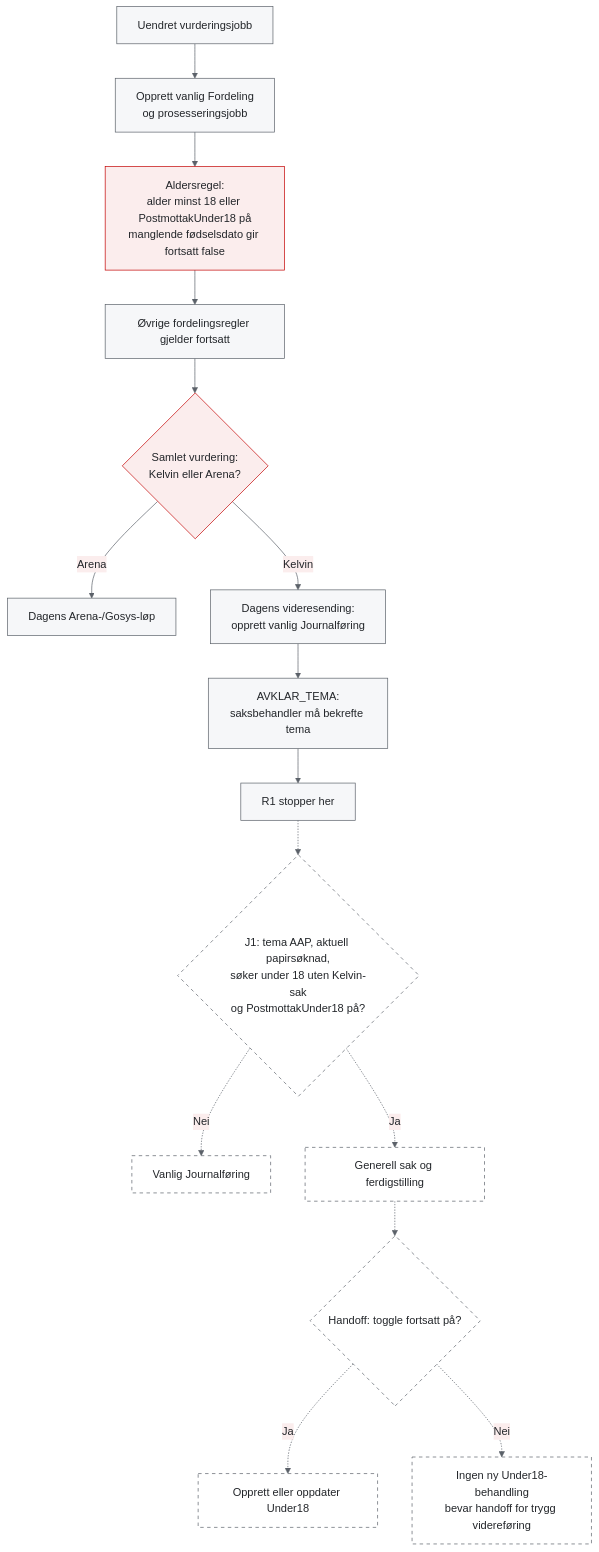
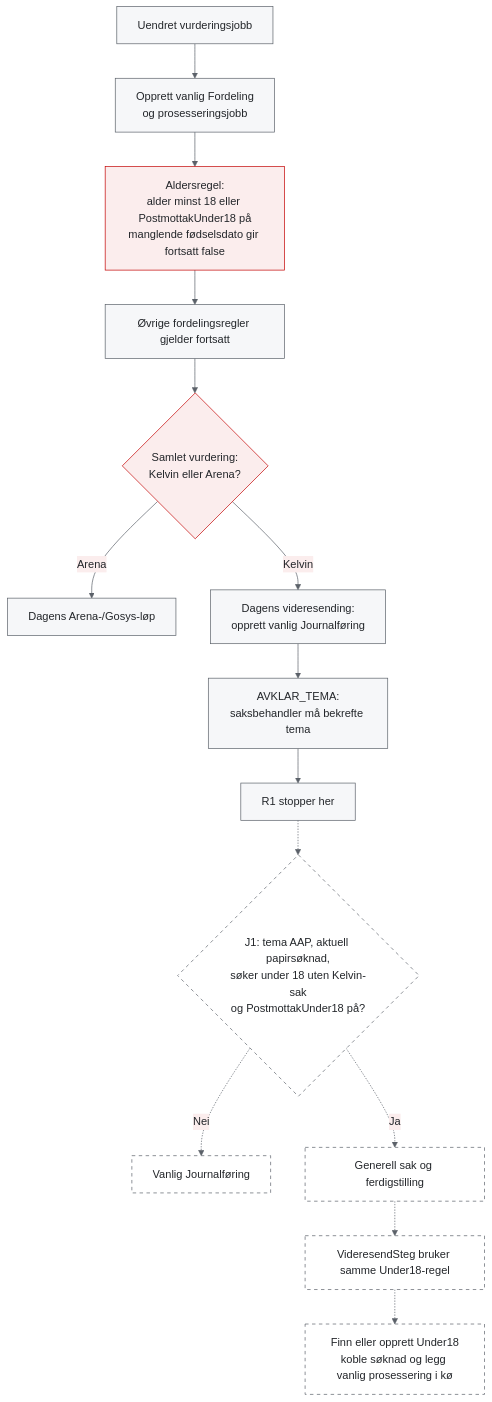
The sixth of 6 diagrams in under-18-flyt.md (navikt/aap-postmottak-backend), drawn with Mermaid before and after one commit. The commit also changed other lines of this file and 13 other files, not shown here.

Commit message:
AAP-BAU Opprett Under18-behandling etter tema-velging

````diff
--- a/under-18-flyt.md
+++ b/under-18-flyt.md
@@ -560,23 +560,22 @@
 ```mermaid
 %%{init: {"theme":"base","themeVariables":{"primaryColor":"#F6F7F9","primaryTextColor":"#23262A","primaryBorderColor":"#5B6169","lineColor":"#5B6169","secondaryColor":"#FBEDED","tertiaryColor":"#F6F7F9","background":"#FFFFFF"}}}%%
 flowchart TD
     vurder["Uendret vurderingsjobb"] --> fordeling["Opprett vanlig Fordeling<br/>og prosesseringsjobb"]
     fordeling --> alder["Aldersregel:<br/>alder minst 18 eller PostmottakUnder18 på<br/>manglende fødselsdato gir fortsatt false"]
     alder --> regler["Øvrige fordelingsregler gjelder fortsatt"]
     regler --> system{"Samlet vurdering:<br/>Kelvin eller Arena?"}
     system -->|"Arena"| arena["Dagens Arena-/Gosys-løp"]
     system -->|"Kelvin"| journalføring["Dagens videresending:<br/>opprett vanlig Journalføring"]
     journalføring --> tema["AVKLAR_TEMA:<br/>saksbehandler må bekrefte tema"]
     tema --> stopp["R1 stopper her"]
     stopp -.-> j1{"J1: tema AAP, aktuell papirsøknad,<br/>søker under 18 uten Kelvin-sak<br/>og PostmottakUnder18 på?"}
     j1 -.->|"Nei"| vanlig["Vanlig Journalføring"]
     j1 -.->|"Ja"| generell["Generell sak og ferdigstilling"]
-    generell -.-> handoff{"Handoff: toggle fortsatt på?"}
-    handoff -.->|"Ja"| under18["Opprett eller oppdater Under18"]
-    handoff -.->|"Nei"| behold["Ingen ny Under18-behandling<br/>bevar handoff for trygg videreføring"]
+    generell -.-> videresend["VideresendSteg bruker samme Under18-regel"]
+    videresend -.-> under18["Finn eller opprett Under18<br/>koble søknad og legg vanlig prosessering i kø"]
     classDef default fill:#F6F7F9,stroke:#5B6169,color:#23262A
     classDef valg fill:#FBEDED,stroke:#C30000,color:#23262A
     classDef senere fill:#FFFFFF,stroke:#5B6169,stroke-dasharray:5 5,color:#23262A
     class alder,system valg
-    class j1,vanlig,generell,handoff,under18,behold senere
+    class j1,vanlig,generell,videresend,under18 senere
 ```
````
